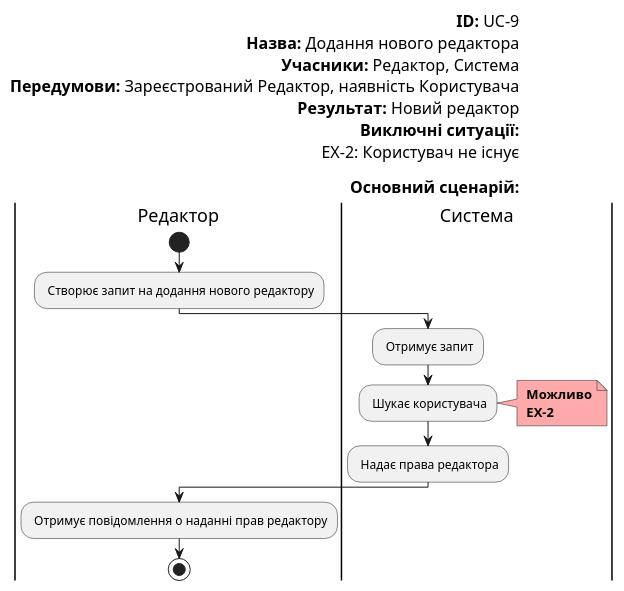
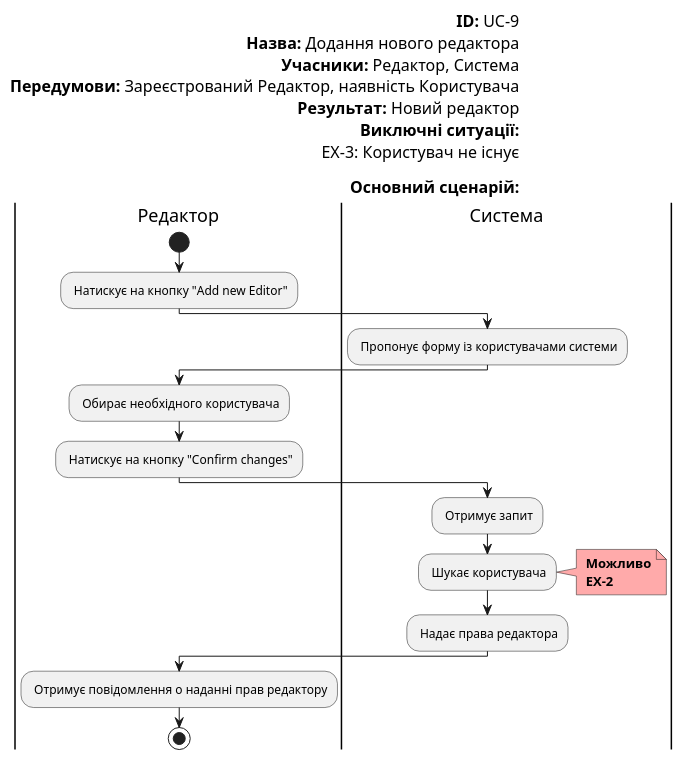
One commit to horidor/open-data-management-system changed the seventh of 12 diagrams in docs/use cases/README.md. Above: the diagram before and after it, drawn with PlantUML. The commit also changed other lines of this file, not shown here.

```diff
--- a/docs/use cases/README.md
+++ b/docs/use cases/README.md
@@ -207,30 +212,35 @@
 @startuml
 
     left header
         <font color=000 size=16><b>ID:</b> UC-9
         <font color=000 size=16><b>Назва:</b> Додання нового редактора
         <font color=000 size=16><b>Учасники:</b> Редактор, Система
         <font color=000 size=16><b>Передумови:</b> Зареєстрований Редактор, наявність Користувача
         <font color=000 size=16><b>Результат:</b> Новий редактор
         <font color=000 size=16><b>Виключні ситуації:</b>
-        <font color=000 size=16> EX-2: Користувач не існує
+        <font color=000 size=16> EX-3: Користувач не існує
         
         <font color=000 size=16><b>Основний сценарій:</b>
     end header
 
     |Редактор|
         start
-        : Створює запит на додання нового редактору;
+        : Натискує на кнопку "Add new Editor";
+    |Система|
+        : Пропонує форму із користувачами системи;
+    |Редактор|
+        : Обирає необхідного користувача;
+        : Натискує на кнопку "Сonfirm changes";
     |Система|
         : Отримує запит;
         : Шукає користувача;
         note right #ffaaaa
         <b> Можливо
         <b> EX-2
         end note
         : Надає права редактора;
     |Редактор|
         : Отримує повідомлення о наданні прав редактору;
         stop
         
 @enduml
```
